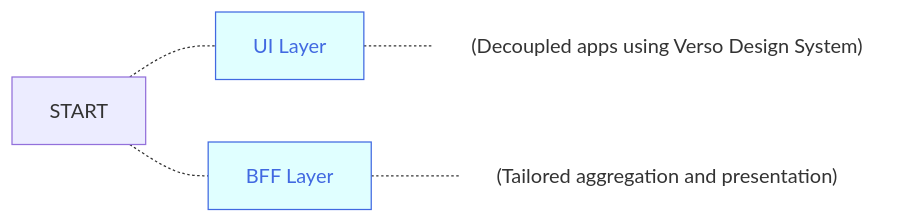
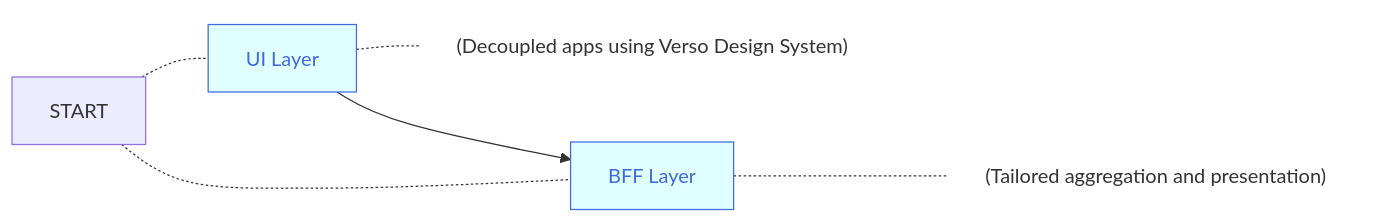
One commit to joe-dorward/samples changed the first of 2 diagrams in buttons_mermaid_v4.md. Above: the diagram before and after it, drawn with Mermaid.

````diff
--- a/buttons_mermaid_v4.md
+++ b/buttons_mermaid_v4.md
@@ -1,30 +1,34 @@
 ```mermaid
   %%{
     init: {
       "flowchart": { "markdownAutoWrap":"false", "textWrap":"false", "wrappingWidth": "100%" }
     }
   }%%
   flowchart LR
 
   classDef Button fill:lightcyan, stroke:royalblue, color:royalblue;
   classDef Note fill:transparent, stroke-width:0px
   %% ---------- ---------- ---------- ---------- ---------- ---------- ---------- ---------- ---------- ----------
   START[START]
 
     BUTTON_01["UI Layer"]:::Button
     click BUTTON_01 "https://en.wikipedia.org/wiki/Main_Page" _blank
     BUTTON_01_NOTE["(Decoupled apps using Verso Design System)"]:::Note
 
     BUTTON_02["BFF Layer"]:::Button
     click BUTTON_02 "https://en.wikipedia.org/wiki/Main_Page" _blank
     BUTTON_02_NOTE["(Tailored aggregation and presentation)"]:::Note
 
 
   START-.-
   BUTTON_01-.-
   BUTTON_01_NOTE
 
   START-.-
   BUTTON_02-.-
   BUTTON_02_NOTE
+
+BUTTON_01-->
+BUTTON_02
+
 ```
````
